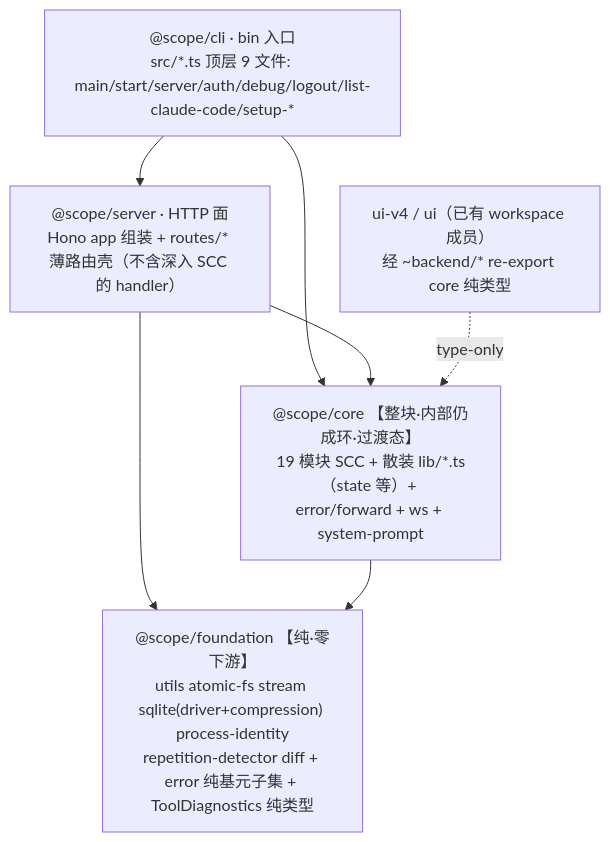
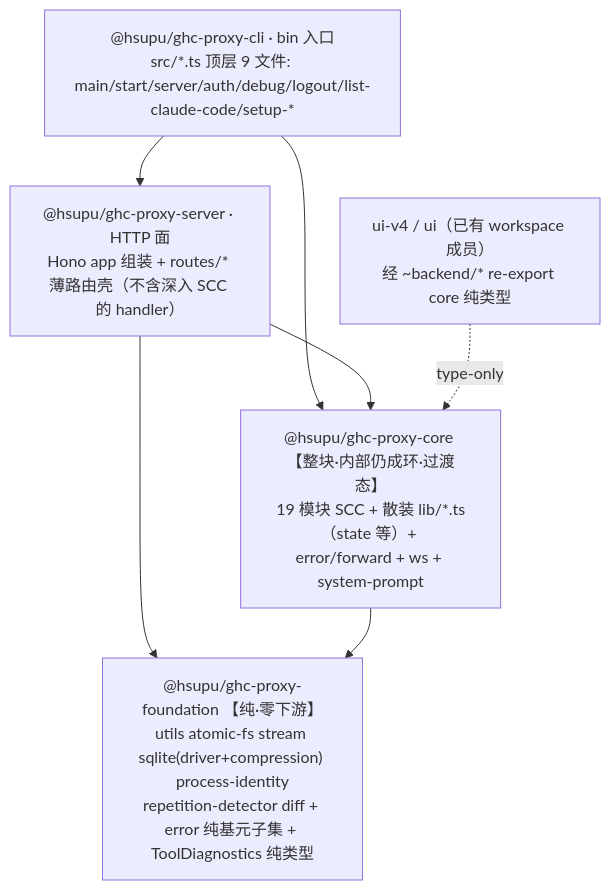
One commit to puxu-msft/copilot-api-js changed the diagram in docs/spec/2026-07-22-monorepo-workspace-split.md. Above: the diagram before and after it, drawn with Mermaid. The commit also changed other lines of this file, not shown here.

First line of the commit message:
docs: name workspace packages @hsupu/ghc-proxy-{foundation,core,server,cli}

````diff
--- a/docs/spec/2026-07-22-monorepo-workspace-split.md
+++ b/docs/spec/2026-07-22-monorepo-workspace-split.md
@@ -49,15 +49,15 @@
 ```mermaid
 graph TD
-    cli["@scope/cli · bin 入口<br/>src/*.ts 顶层 9 文件: main/start/server/auth/debug/logout/list-claude-code/setup-*"]
-    server["@scope/server · HTTP 面<br/>Hono app 组装 + routes/* 薄路由壳（不含深入 SCC 的 handler）"]
-    core["@scope/core 【整块·内部仍成环·过渡态】<br/>19 模块 SCC + 散装 lib/*.ts（state 等）+ error/forward + ws + system-prompt"]
-    foundation["@scope/foundation 【纯·零下游】<br/>utils atomic-fs stream sqlite(driver+compression) process-identity<br/>repetition-detector diff + error 纯基元子集 + ToolDiagnostics 纯类型"]
+    cli["@hsupu/ghc-proxy-cli · bin 入口<br/>src/*.ts 顶层 9 文件: main/start/server/auth/debug/logout/list-claude-code/setup-*"]
+    server["@hsupu/ghc-proxy-server · HTTP 面<br/>Hono app 组装 + routes/* 薄路由壳（不含深入 SCC 的 handler）"]
+    core["@hsupu/ghc-proxy-core 【整块·内部仍成环·过渡态】<br/>19 模块 SCC + 散装 lib/*.ts（state 等）+ error/forward + ws + system-prompt"]
+    foundation["@hsupu/ghc-proxy-foundation 【纯·零下游】<br/>utils atomic-fs stream sqlite(driver+compression) process-identity<br/>repetition-detector diff + error 纯基元子集 + ToolDiagnostics 纯类型"]
     uiv4["ui-v4 / ui（已有 workspace 成员）<br/>经 ~backend/* re-export core 纯类型"]
 
     cli --> server
     cli --> core
     server --> core
     server --> foundation
     core --> foundation
     uiv4 -. type-only .-> core
 ```
````
